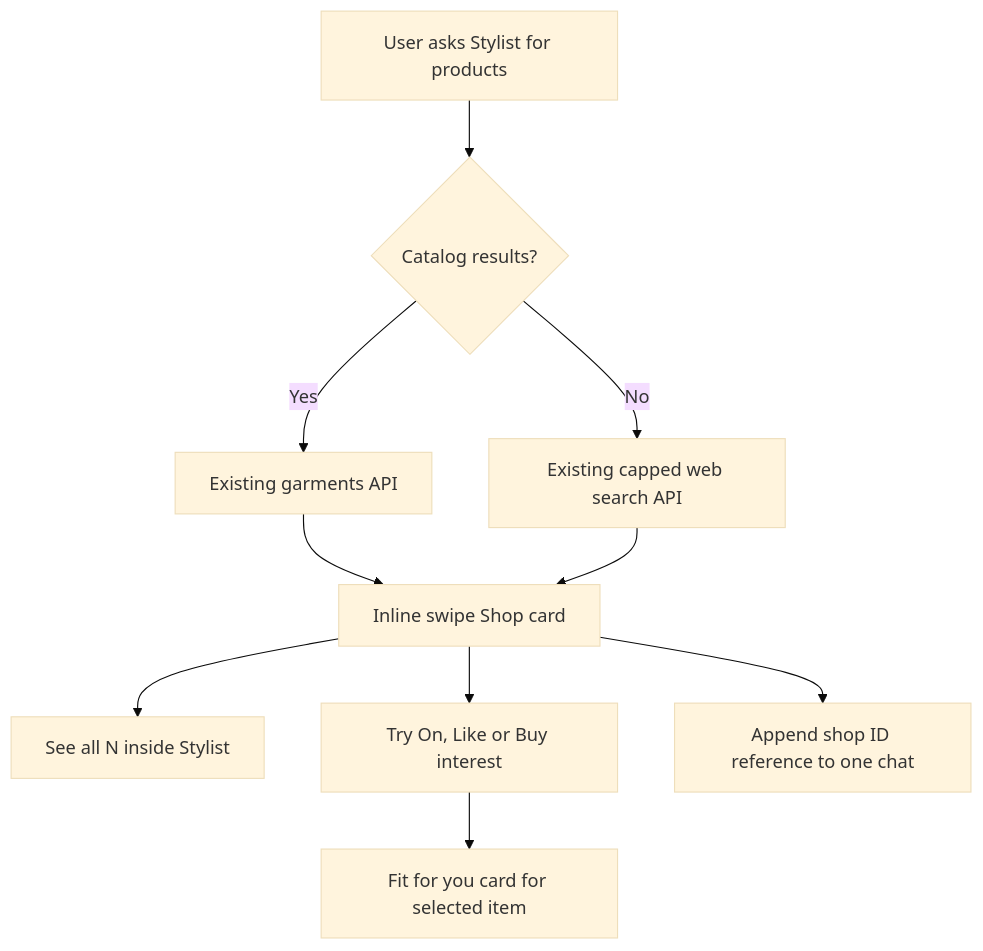
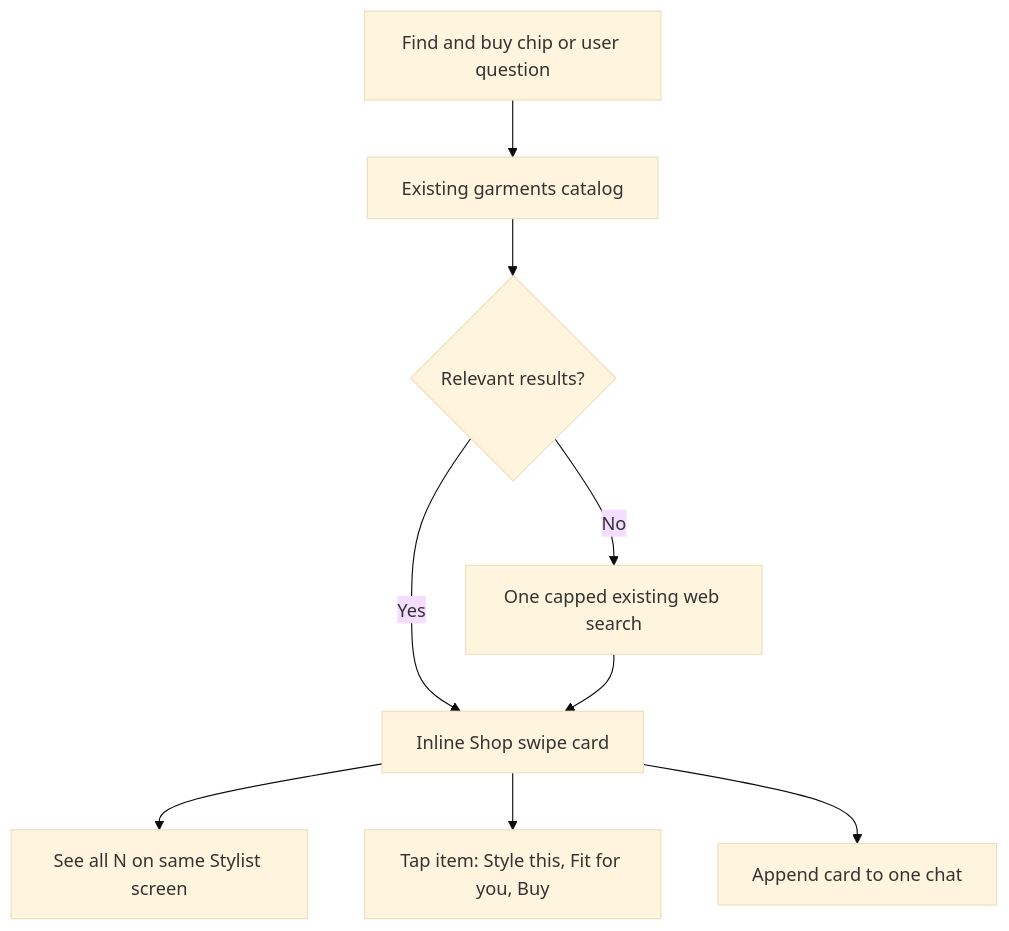
The fifth of 10 diagrams in studio/ideas/stylit-agent/dev.md (killbill2792/studio), drawn with Mermaid (base theme) before and after one commit. The commit also changed other lines of this file and 5 other files, not shown here.

````diff
--- a/studio/ideas/stylit-agent/dev.md
+++ b/studio/ideas/stylit-agent/dev.md
@@ -126,12 +131,11 @@
 ```mermaid
 flowchart TD
-  ask[User asks Stylist for products] --> source{Catalog results?}
-  source -->|Yes| garments[Existing garments API]
-  source -->|No| web[Existing capped web search API]
-  garments --> inline[Inline swipe Shop card]
-  web --> inline
-  inline --> see[See all N inside Stylist]
-  inline --> action[Try On, Like or Buy interest]
-  action --> fit[Fit for you card for selected item]
-  inline --> history[Append shop ID reference to one chat]
+  ask[Find and buy chip or user question] --> catalog[Existing garments catalog]
+  catalog --> found{Relevant results?}
+  found -->|No| web[One capped existing web search]
+  found -->|Yes| card[Inline Shop swipe card]
+  web --> card
+  card --> all[See all N on same Stylist screen]
+  card --> pick[Tap item: Style this, Fit for you, Buy]
+  card --> oneChat[Append card to one chat]
 ```
````
